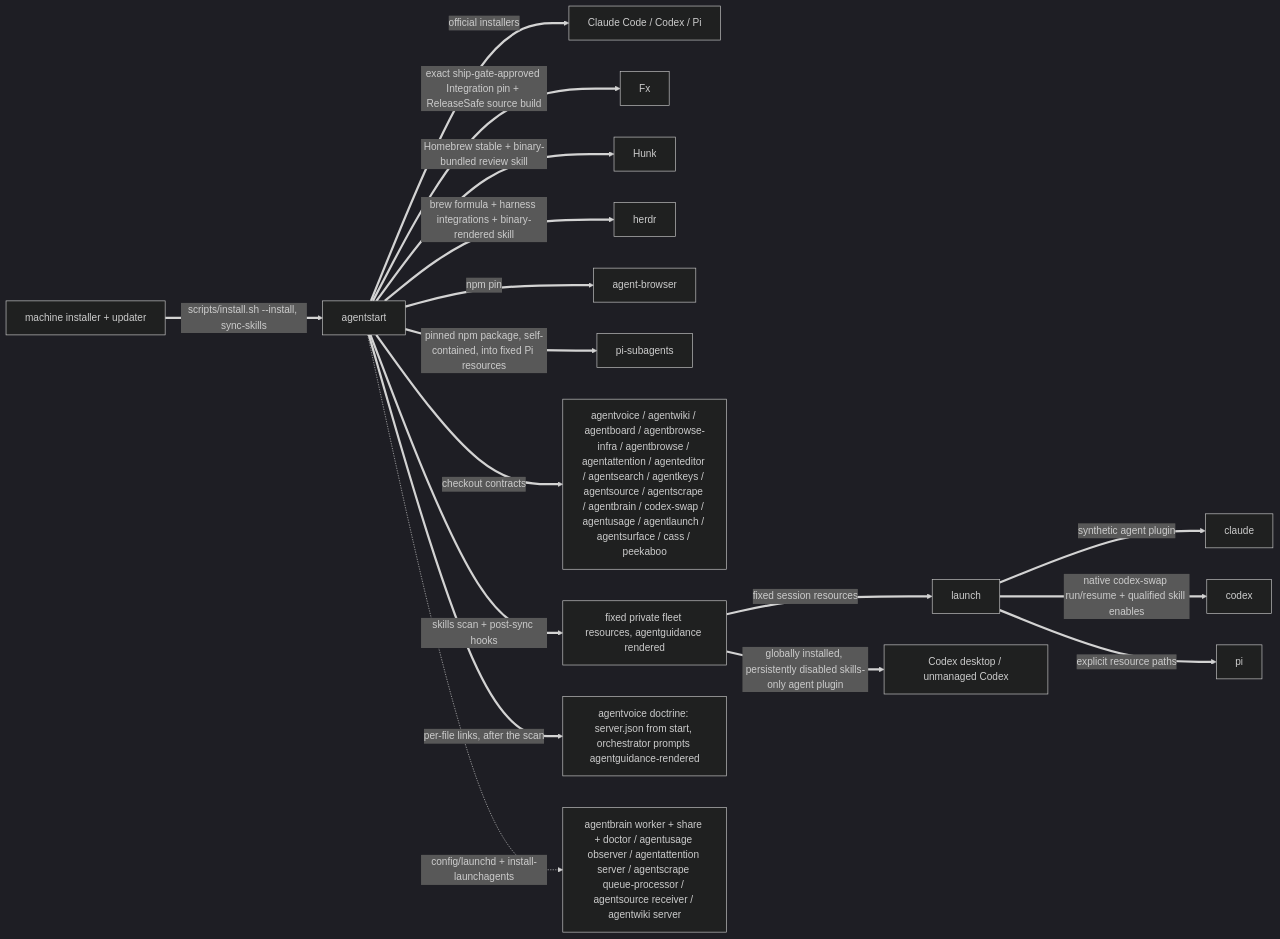
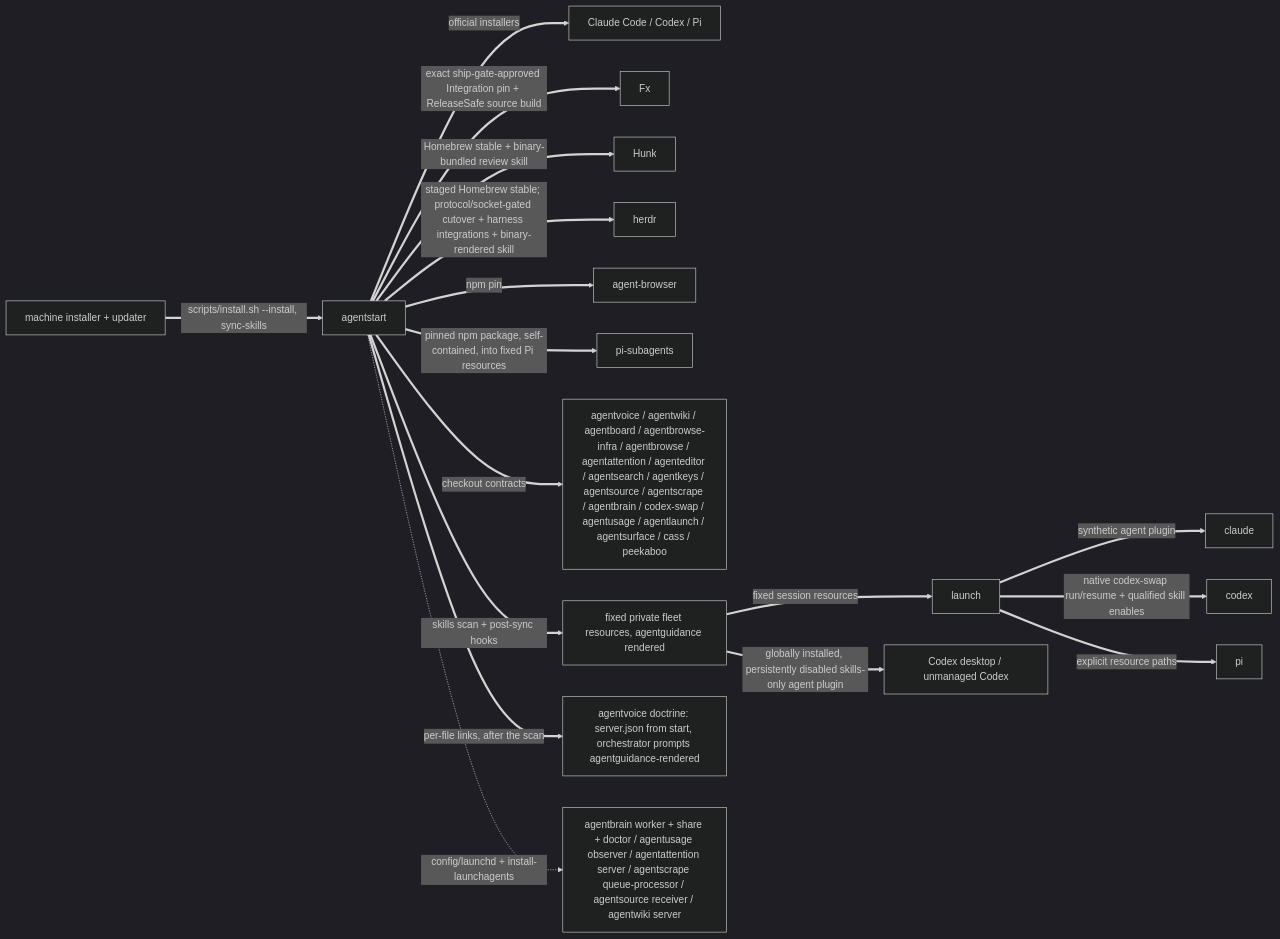
The second of 3 diagrams in skills/fleet/MAP.md (possibilities/agentstart), drawn with Mermaid (dark theme) before and after one commit. The commit also changed other lines of this file and 6 other files, not shown here.

Commit message:
Defer Herdr cutover until protocol-safe

````diff
--- a/skills/fleet/MAP.md
+++ b/skills/fleet/MAP.md
@@ -89,22 +89,22 @@
 ```mermaid
 flowchart LR
     machine[machine installer + updater]
     start[agentstart]
 
     machine ==>|scripts/install.sh --install, sync-skills| start
     start ==>|official installers| harnesses[Claude Code / Codex / Pi]
     start ==>|exact ship-gate-approved Integration pin + ReleaseSafe source build| fx[Fx]
     start ==>|Homebrew stable + binary-bundled review skill| hunk[Hunk]
-    start ==>|brew formula + harness integrations + binary-rendered skill| herdrInstall[herdr]
+    start ==>|staged Homebrew stable; protocol/socket-gated cutover + harness integrations + binary-rendered skill| herdrInstall[herdr]
     start ==>|npm pin| browser[agent-browser]
     start ==>|pinned npm package, self-contained, into fixed Pi resources| piSubagents[pi-subagents]
     start ==>|checkout contracts| fleet[agentvoice / agentwiki / agentboard / agentbrowse-infra / agentbrowse / agentattention / agenteditor / agentsearch / agentkeys / agentsource / agentscrape / agentbrain / codex-swap / agentusage / agentlaunch / agentsurface / cass / peekaboo]
     start ==>|skills scan + post-sync hooks| skills[fixed private fleet resources, agentguidance rendered]
     skills ==>|fixed session resources| launch
     launch ==>|synthetic agent plugin| claude
     launch ==>|native codex-swap run/resume + qualified skill enables| codex
     launch ==>|explicit resource paths| pi
     skills ==>|globally installed, persistently disabled skills-only agent plugin| codexDesktop[Codex desktop / unmanaged Codex]
     start ==>|per-file links, after the scan| voiceDoctrine[agentvoice doctrine: server.json from start, orchestrator prompts agentguidance-rendered]
     start -.->|config/launchd + install-launchagents| services[agentbrain worker + share + doctor / agentusage observer / agentattention server / agentscrape queue-processor / agentsource receiver / agentwiki server]
 ```
````
